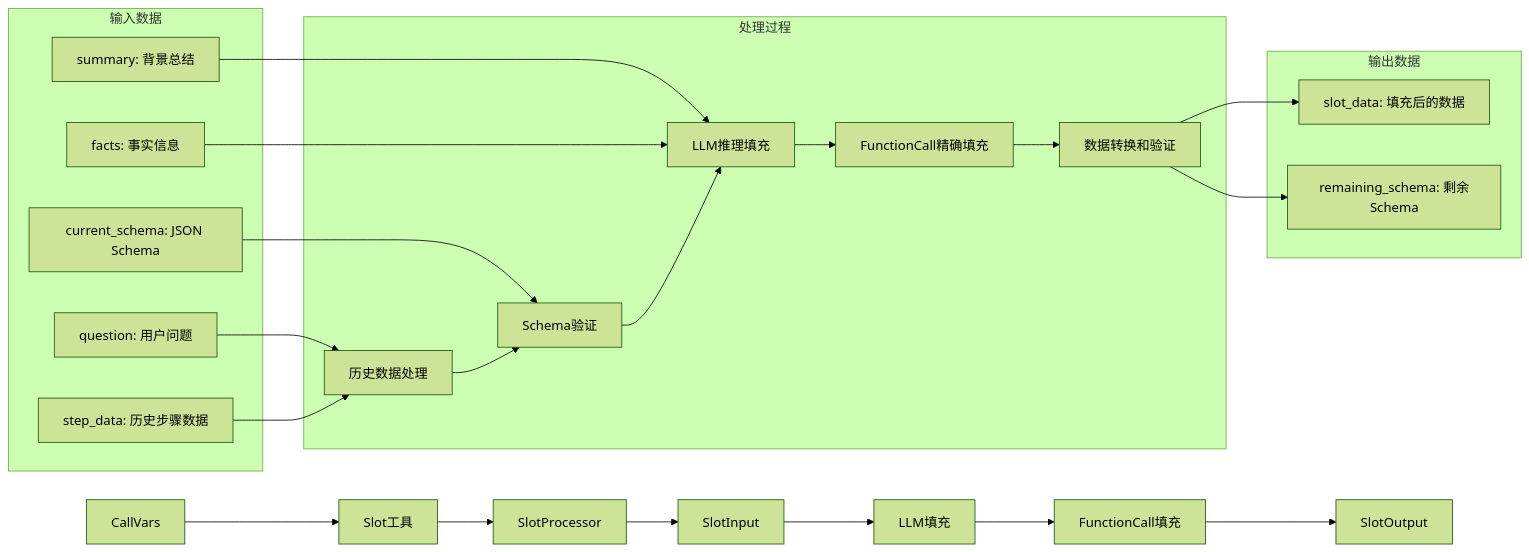
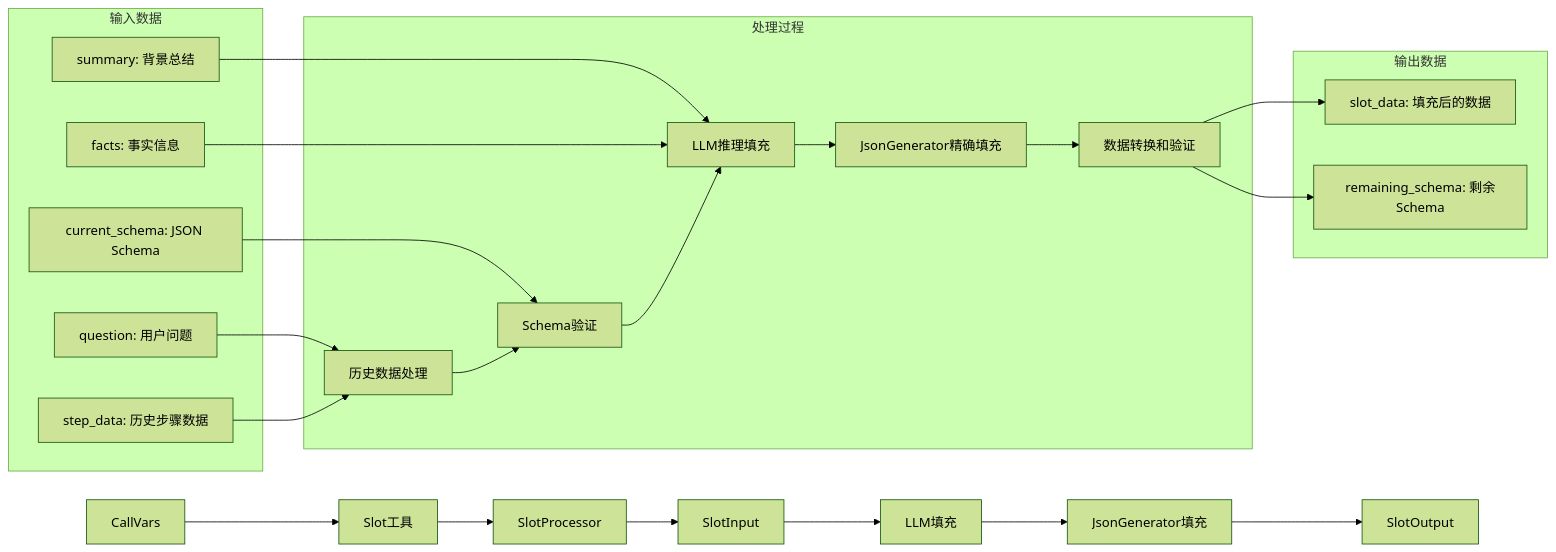
Before and after one commit to openeuler-mirror/euler-copilot-framework: the second of 7 diagrams in design/call/slot.md, drawn with Mermaid (forest theme). The commit also changed other lines of this file, not shown here.

````diff
--- a/design/call/slot.md
+++ b/design/call/slot.md
@@ -97,42 +97,42 @@
 ```mermaid
 graph LR
     A[CallVars] --> B[Slot工具]
     B --> C[SlotProcessor]
     C --> D[SlotInput]
     D --> E[LLM填充]
-    E --> F[FunctionCall填充]
+    E --> F[JsonGenerator填充]
     F --> G[SlotOutput]
     
     subgraph "输入数据"
         A1[question: 用户问题]
         A2[step_data: 历史步骤数据]
         A3[current_schema: JSON Schema]
         A4[summary: 背景总结]
         A5[facts: 事实信息]
     end
     
     subgraph "处理过程"
         B1[历史数据处理]
         B2[Schema验证]
         B3[LLM推理填充]
-        B4[FunctionCall精确填充]
+        B4[JsonGenerator精确填充]
         B5[数据转换和验证]
     end
     
     subgraph "输出数据"
         G1[slot_data: 填充后的数据]
         G2[remaining_schema: 剩余Schema]
     end
     
     A1 --> B1
     A2 --> B1
     A3 --> B2
     A4 --> B3
     A5 --> B3
     B1 --> B2
     B2 --> B3
     B3 --> B4
     B4 --> B5
     B5 --> G1
     B5 --> G2
 ```
````
